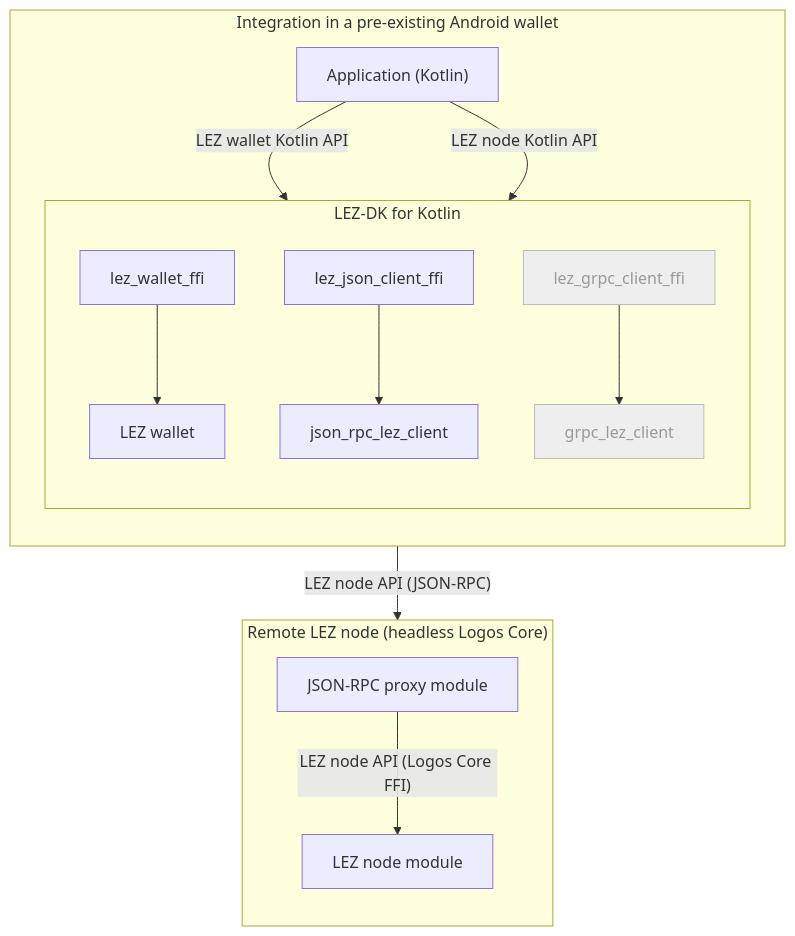
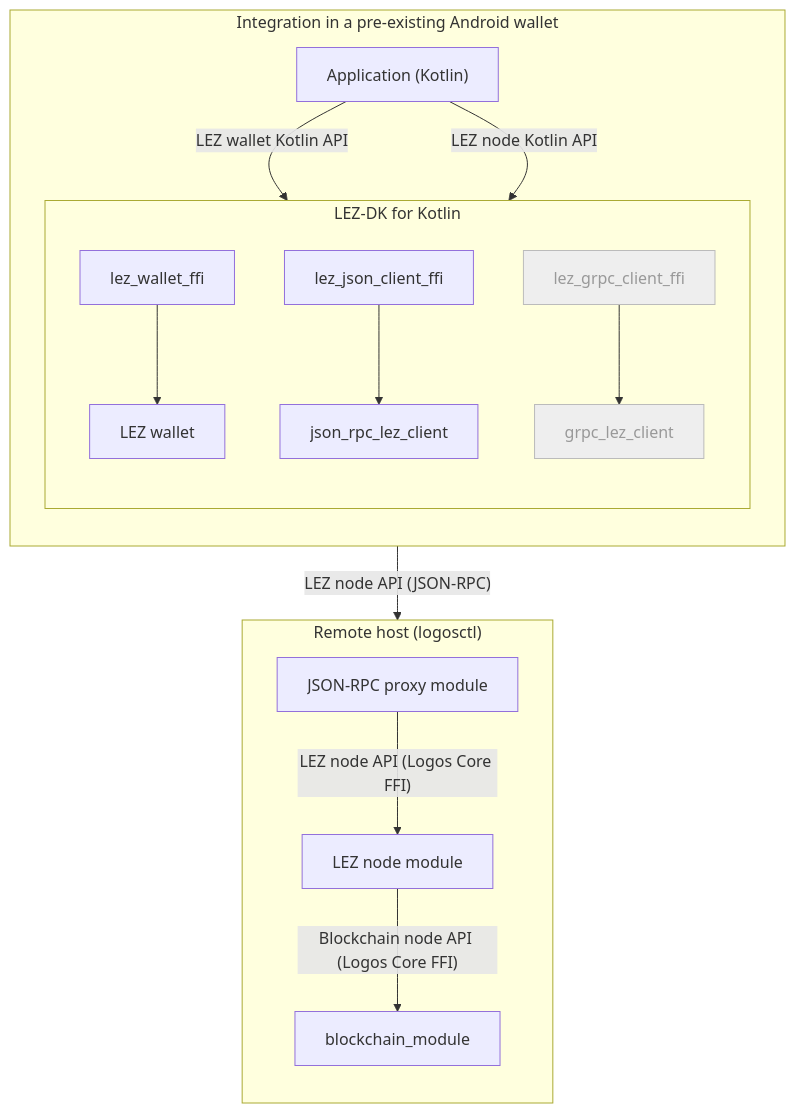
The second of 3 diagrams in RFPs/RFP-027-lez-node-api.md (logos-co/rfp), drawn with Mermaid before and after one commit. The commit also changed other lines of this file, not shown here.

````diff
--- a/RFPs/RFP-027-lez-node-api.md
+++ b/RFPs/RFP-027-lez-node-api.md
@@ -194,27 +222,28 @@
 ```mermaid
 flowchart TB
   subgraph android["Integration in a pre-existing Android wallet"]
     direction TB
     androidApp["Application (Kotlin)"]
 
     subgraph devkit["LEZ-DK for Kotlin"]
       direction TB
       walletFfi["lez_wallet_ffi"] --> walletLib["LEZ wallet"]
       jsonFfi["lez_json_client_ffi"] --> jsonClient["json_rpc_lez_client"]
       grpcFfi["lez_grpc_client_ffi"] --> grpcClient["grpc_lez_client"]
     end
 
     androidApp -- "LEZ wallet Kotlin API" --> walletFfi
     androidApp -- "LEZ node Kotlin API" --> jsonFfi
   end
 
-  subgraph remote["Remote LEZ node (headless Logos Core)"]
+  subgraph remote["Remote host (logosctl)"]
     direction TB
     proxy["JSON-RPC proxy module"] -- "LEZ node API (Logos Core FFI)" --> rnode["LEZ node module"]
+    rnode -- "Blockchain node API (Logos Core FFI)" --> lbmod["blockchain_module"]
   end
 
   jsonClient -- "LEZ node API (JSON-RPC)" --> proxy
 
   style grpcFfi fill:#eeeeee,stroke:#bbbbbb,color:#999999
   style grpcClient fill:#eeeeee,stroke:#bbbbbb,color:#999999
 ```
````
